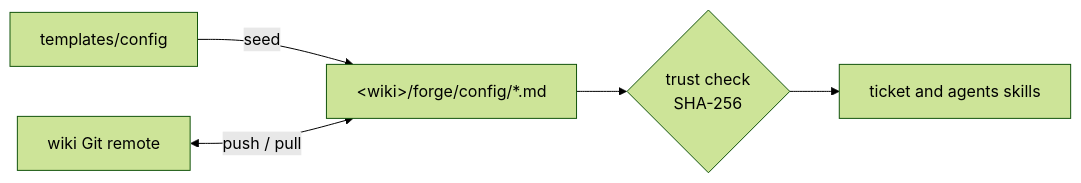
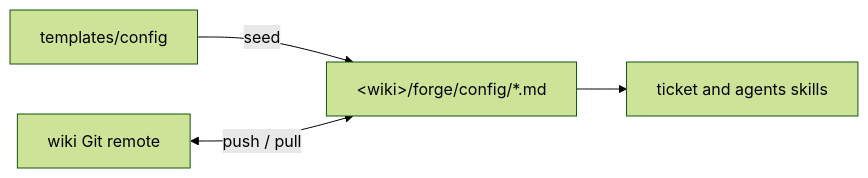
One commit to alexradunet/forge-engineering changed the diagram in docs/config.md. Above: the diagram before and after it, drawn with Mermaid (forest theme). The commit also changed other lines of this file and 25 other files, not shown here.

````diff
--- a/docs/config.md
+++ b/docs/config.md
@@ -18,7 +18,6 @@
 ```mermaid
 flowchart LR
   tpl["templates/config"] -- seed --> cfg["&lt;wiki&gt;/forge/config/*.md"]
   remote["wiki Git remote"] <-->|push / pull| cfg
-  cfg --> trust{"trust check<br/>SHA-256"}
-  trust --> skills["ticket and agents skills"]
+  cfg --> skills["ticket and agents skills"]
 ```
````
